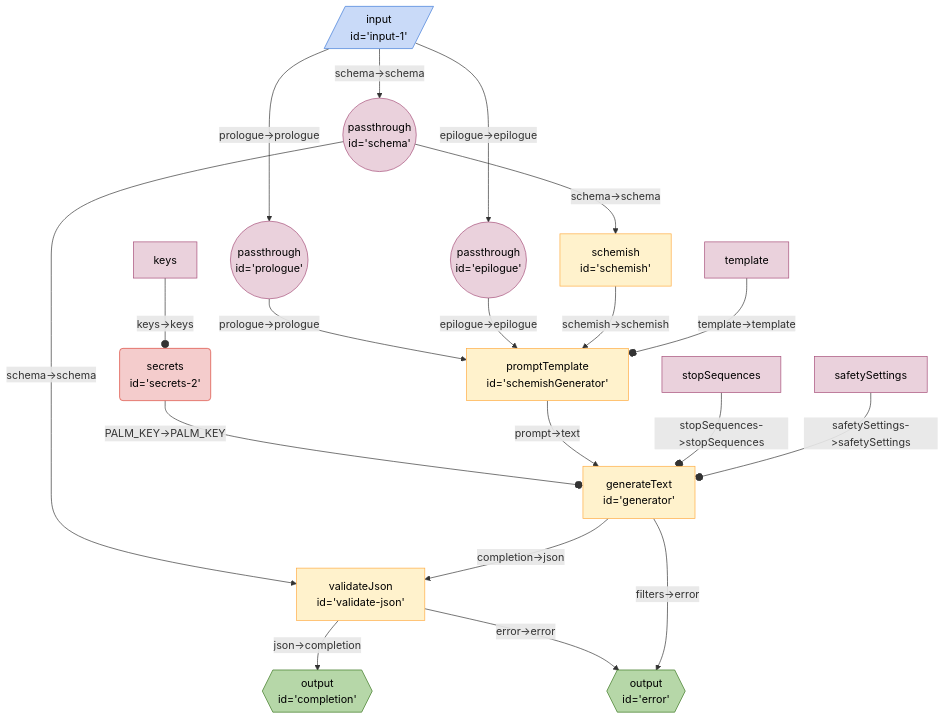
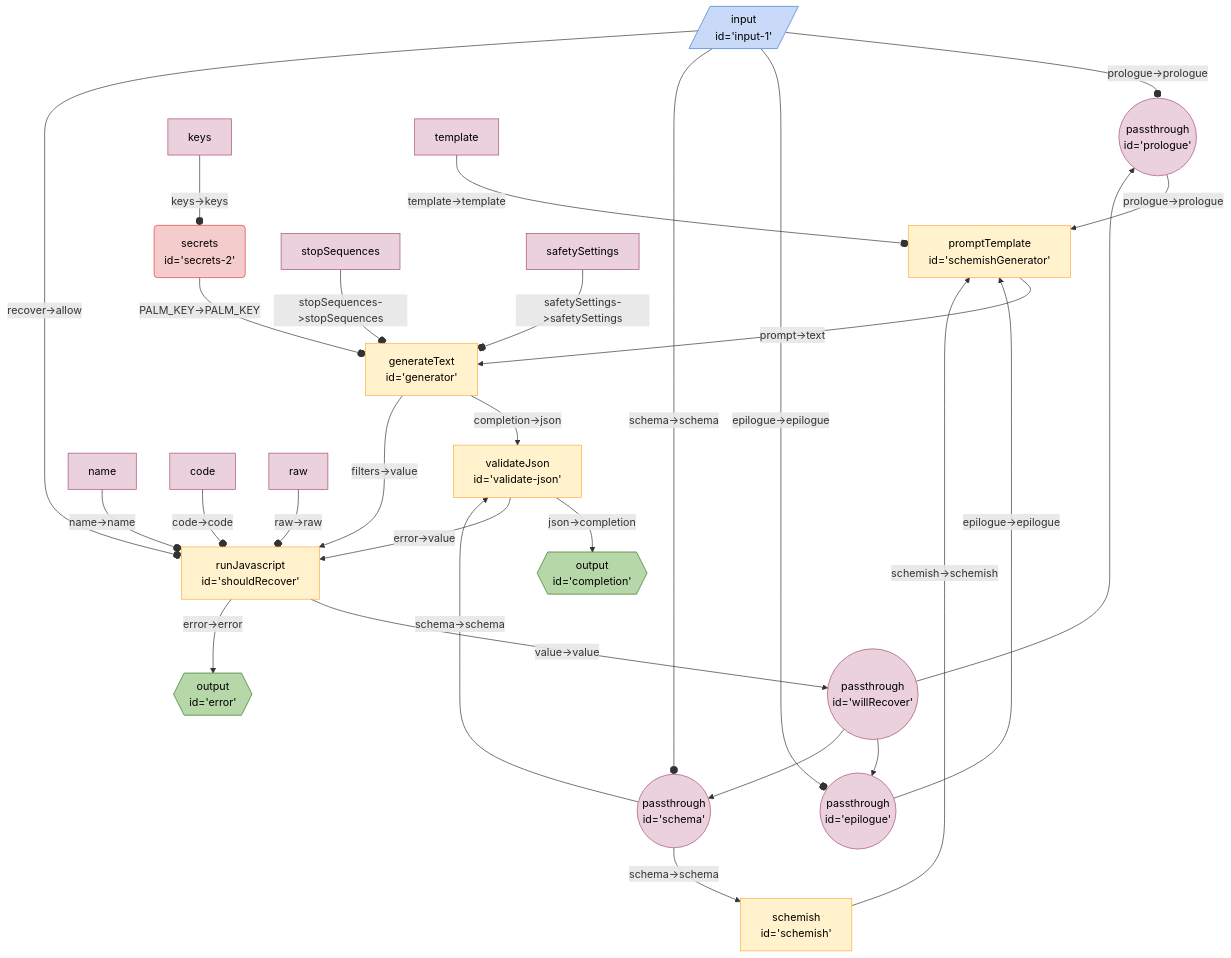
Before and after one commit to breadboard-ai/breadboard: the diagram in seeds/coffee-bot-board/docs/schemish-generator.md, drawn with Mermaid. The commit also changed 6 other files, not shown here.

````diff
--- a/seeds/coffee-bot-board/docs/schemish-generator.md
+++ b/seeds/coffee-bot-board/docs/schemish-generator.md
@@ -3,30 +3,39 @@
 ```mermaid
 %%{init: 'themeVariables': { 'fontFamily': 'Fira Code, monospace' }}%%
 graph TD;
-input1[/"input <br> id='input-1'"/]:::input -- "prologue->prologue" --> prologue(("passthrough <br> id='prologue'")):::passthrough
-input1[/"input <br> id='input-1'"/]:::input -- "epilogue->epilogue" --> epilogue(("passthrough <br> id='epilogue'")):::passthrough
-input1[/"input <br> id='input-1'"/]:::input -- "schema->schema" --> schema(("passthrough <br> id='schema'")):::passthrough
+input1[/"input <br> id='input-1'"/]:::input -- "prologue->prologue" --o prologue(("passthrough <br> id='prologue'")):::passthrough
+input1[/"input <br> id='input-1'"/]:::input -- "epilogue->epilogue" --o epilogue(("passthrough <br> id='epilogue'")):::passthrough
+input1[/"input <br> id='input-1'"/]:::input -- "schema->schema" --o schema(("passthrough <br> id='schema'")):::passthrough
+input1[/"input <br> id='input-1'"/]:::input -- "recover->allow" --o shouldRecover["runJavascript <br> id='shouldRecover'"]
+shouldRecover["runJavascript <br> id='shouldRecover'"] -- "value->value" --> willRecover(("passthrough <br> id='willRecover'")):::passthrough
+shouldRecover["runJavascript <br> id='shouldRecover'"] -- "error->error" --> error{{"output <br> id='error'"}}:::output
+willRecover(("passthrough <br> id='willRecover'")):::passthrough --> prologue(("passthrough <br> id='prologue'")):::passthrough
+willRecover(("passthrough <br> id='willRecover'")):::passthrough --> epilogue(("passthrough <br> id='epilogue'")):::passthrough
+willRecover(("passthrough <br> id='willRecover'")):::passthrough --> schema(("passthrough <br> id='schema'")):::passthrough
 schema(("passthrough <br> id='schema'")):::passthrough -- "schema->schema" --> schemish["schemish <br> id='schemish'"]
+schema(("passthrough <br> id='schema'")):::passthrough -- "schema->schema" --> validatejson["validateJson <br> id='validate-json'"]
 validatejson["validateJson <br> id='validate-json'"] -- "json->completion" --> completion{{"output <br> id='completion'"}}:::output
-validatejson["validateJson <br> id='validate-json'"] -- "error->error" --> error{{"output <br> id='error'"}}:::output
-schema(("passthrough <br> id='schema'")):::passthrough -- "schema->schema" --> validatejson["validateJson <br> id='validate-json'"]
+validatejson["validateJson <br> id='validate-json'"] -- "error->value" --> shouldRecover["runJavascript <br> id='shouldRecover'"]
 secrets2("secrets <br> id='secrets-2'"):::secrets -- "PALM_KEY->PALM_KEY" --o generator["generateText <br> id='generator'"]
 generator["generateText <br> id='generator'"] -- "completion->json" --> validatejson["validateJson <br> id='validate-json'"]
-generator["generateText <br> id='generator'"] -- "filters->error" --> error{{"output <br> id='error'"}}:::output
+generator["generateText <br> id='generator'"] -- "filters->value" --> shouldRecover["runJavascript <br> id='shouldRecover'"]
 prologue(("passthrough <br> id='prologue'")):::passthrough -- "prologue->prologue" --> schemishGenerator["promptTemplate <br> id='schemishGenerator'"]
 epilogue(("passthrough <br> id='epilogue'")):::passthrough -- "epilogue->epilogue" --> schemishGenerator["promptTemplate <br> id='schemishGenerator'"]
 schemish["schemish <br> id='schemish'"] -- "schemish->schemish" --> schemishGenerator["promptTemplate <br> id='schemishGenerator'"]
 schemishGenerator["promptTemplate <br> id='schemishGenerator'"] -- "prompt->text" --> generator["generateText <br> id='generator'"]
+nameshouldRecover[name]:::config -- "name->name" --o shouldRecover
+codeshouldRecover[code]:::config -- "code->code" --o shouldRecover
+rawshouldRecover[raw]:::config -- "raw->raw" --o shouldRecover
 stopSequencesgenerator[stopSequences]:::config -- "stopSequences->stopSequences" --o generator
 safetySettingsgenerator[safetySettings]:::config -- "safetySettings->safetySettings" --o generator
 keyssecrets2[keys]:::config -- "keys->keys" --o secrets2
 templateschemishGenerator[template]:::config -- "template->template" --o schemishGenerator
 classDef default stroke:#ffab40,fill:#fff2ccff,color:#000
 classDef input stroke:#3c78d8,fill:#c9daf8ff,color:#000
 classDef output stroke:#38761d,fill:#b6d7a8ff,color:#000
 classDef passthrough stroke:#a64d79,fill:#ead1dcff,color:#000
 classDef slot stroke:#a64d79,fill:#ead1dcff,color:#000
 classDef config stroke:#a64d79,fill:#ead1dcff,color:#000
 classDef secrets stroke:#db4437,fill:#f4cccc,color:#000
 classDef slotted stroke:#a64d79
 ```
````
